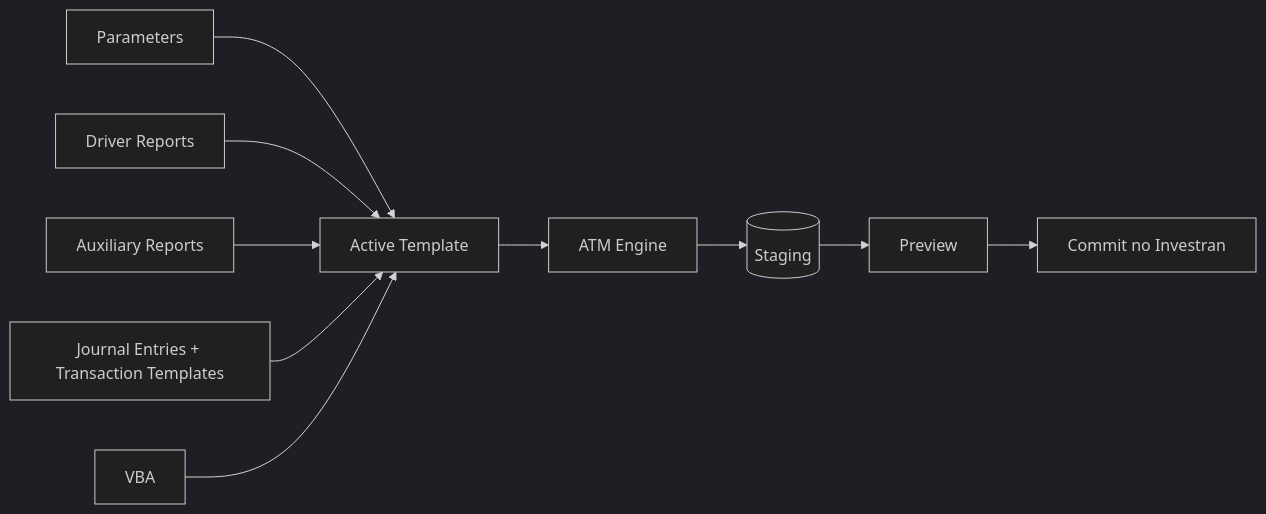
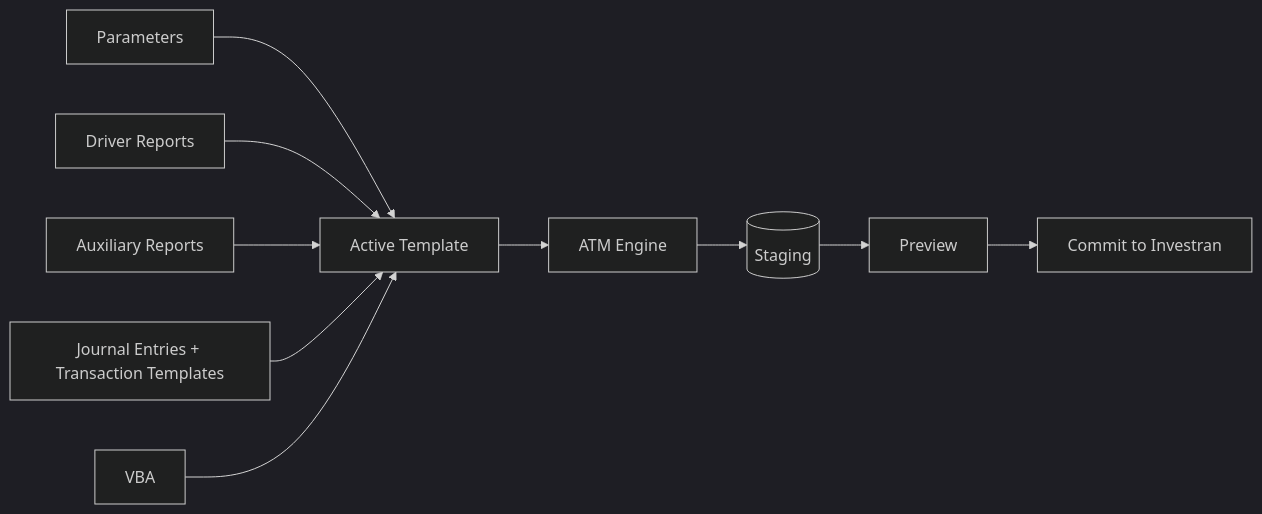
One commit to msekimoto/investran changed the diagram in docs/active-templates/README.md. Above: the diagram before and after it, drawn with Mermaid (dark theme). The commit also changed other lines of this file and 52 other files, not shown here.

````diff
--- a/docs/active-templates/README.md
+++ b/docs/active-templates/README.md
@@ -25,12 +25,12 @@
 ```mermaid
 flowchart LR
     P[Parameters] --> AT[Active Template]
     DR[Driver Reports] --> AT
     AR[Auxiliary Reports] --> AT
     JE[Journal Entries + Transaction Templates] --> AT
     VBA[VBA] --> AT
     AT --> ENGINE[ATM Engine]
     ENGINE --> STG[(Staging)]
     STG --> PREVIEW[Preview]
-    PREVIEW --> COMMIT[Commit no Investran]
+    PREVIEW --> COMMIT[Commit to Investran]
 ```
````
